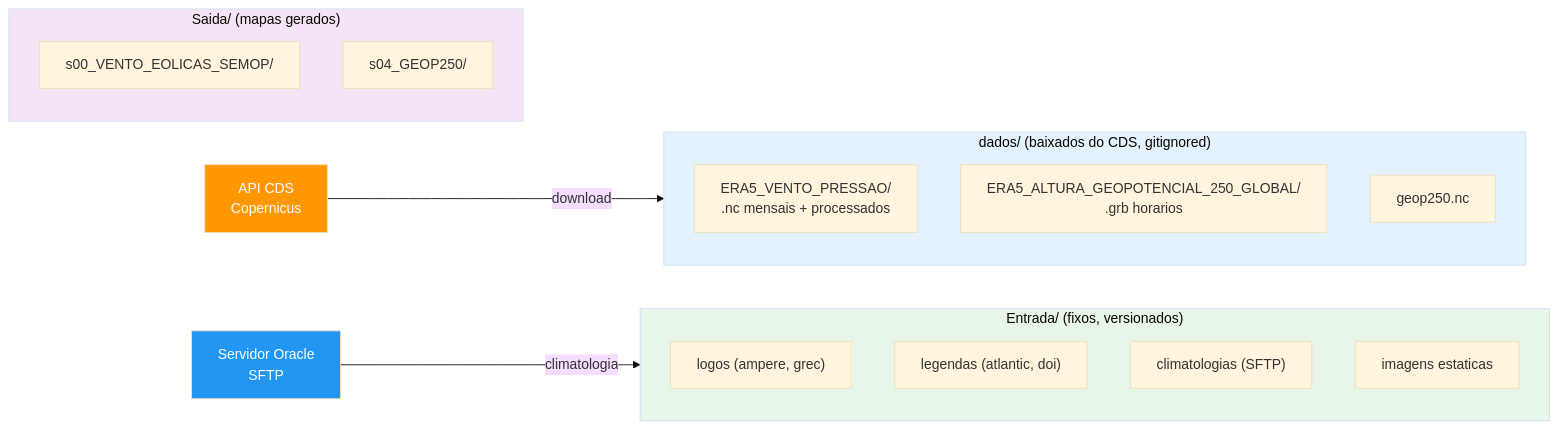
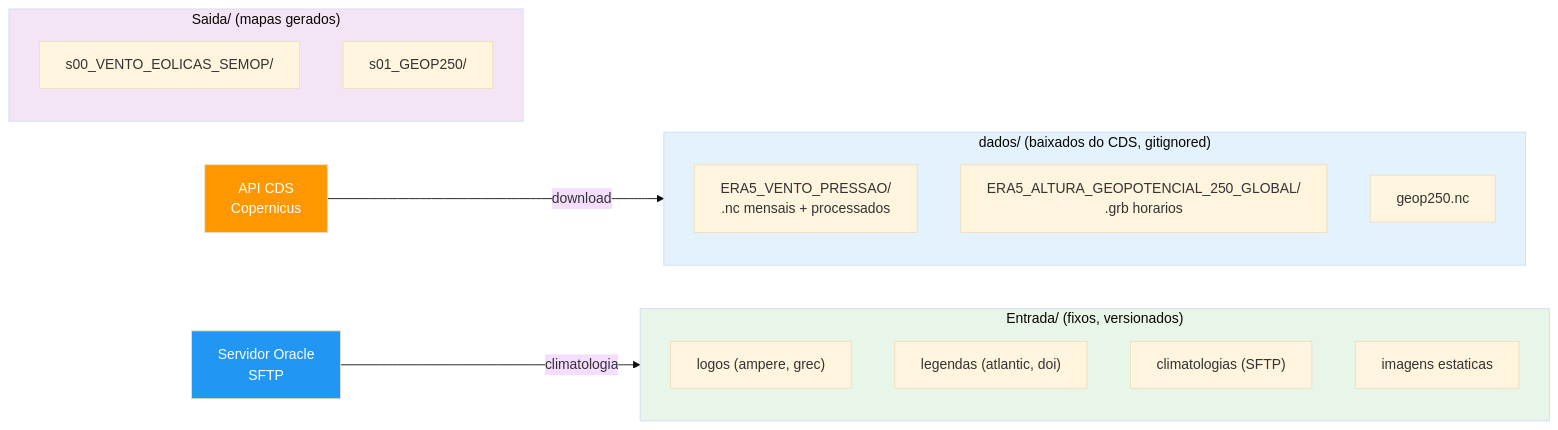
The fifth of 5 diagrams in README.md (capucinbruno/campos_e_graficos_artigos_cientificos), drawn with Mermaid (base theme) before and after one commit. The commit also changed other lines of this file and 18 other files, not shown here.

````diff
--- a/README.md
+++ b/README.md
@@ -317,29 +320,29 @@
 ```mermaid
 flowchart LR
     subgraph entrada ["Entrada/ (fixos, versionados)"]
         E1["logos (ampere, grec)"]
         E2["legendas (atlantic, doi)"]
         E3["climatologias (SFTP)"]
         E4["imagens estaticas"]
     end
 
     subgraph dados ["dados/ (baixados do CDS, gitignored)"]
         D1["ERA5_VENTO_PRESSAO/<br/>.nc mensais + processados"]
         D2["ERA5_ALTURA_GEOPOTENCIAL_250_GLOBAL/<br/>.grb horarios"]
         D3["geop250.nc"]
     end
 
     subgraph saida ["Saida/ (mapas gerados)"]
         S1["s00_VENTO_EOLICAS_SEMOP/"]
-        S2["s04_GEOP250/"]
+        S2["s01_GEOP250/"]
     end
 
     CDS["API CDS<br/>Copernicus"] -->|download| dados
     SFTP["Servidor Oracle<br/>SFTP"] -->|climatologia| entrada
 
     style entrada fill:#E8F5E9
     style dados fill:#E3F2FD
     style saida fill:#F3E5F5
     style CDS fill:#FF9800,color:#fff
     style SFTP fill:#2196F3,color:#fff
 ```
````
